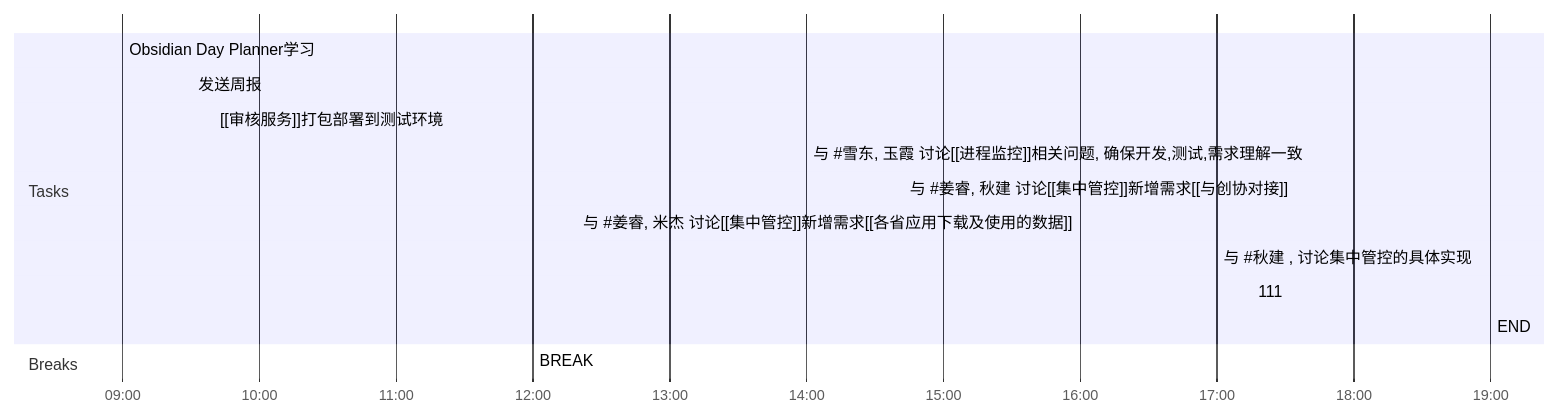
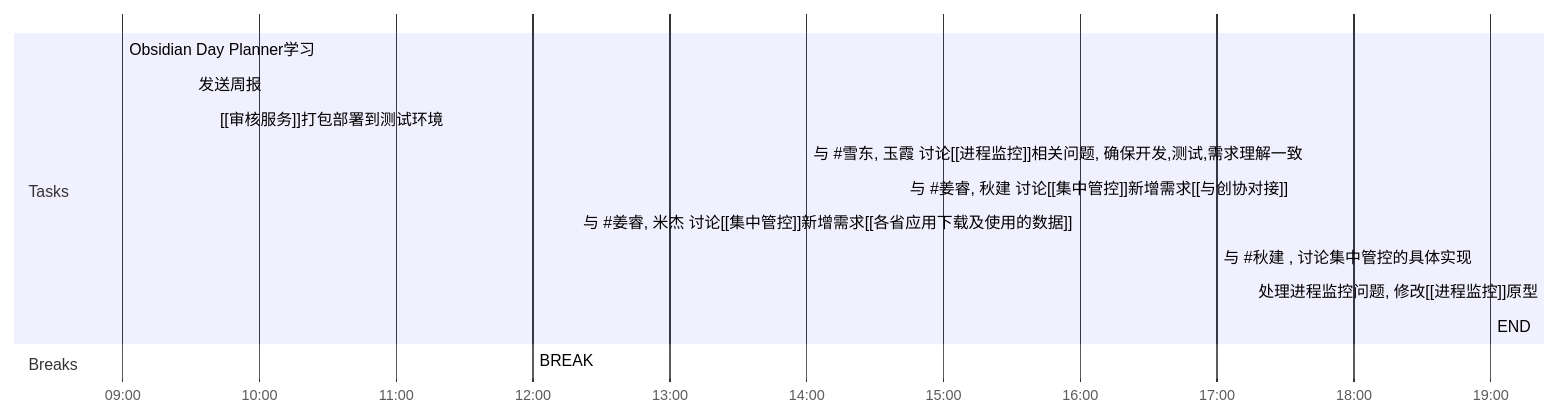
Before and after one commit to yangld/learn: the diagram in Day Planners/Day Planner-20211115.md, drawn with Mermaid. The commit also changed other lines of this file and 7 other files, not shown here.

````diff
--- a/Day Planners/Day Planner-20211115.md
+++ b/Day Planners/Day Planner-20211115.md
@@ -2,18 +2,18 @@
 ```mermaid
 gantt
     dateFormat  HH-mm
     axisFormat %H:%M
-    %% Current Time: 下午6:01:53
+    %% Current Time: 下午7:02:02
     section Tasks
     Obsidian Day Planner学习     :09-00, 30mm
     发送周报     :09-30, 10mm
     [[审核服务]]打包部署到测试环境     :09-40, 140mm
     与 #35;雪东,  玉霞     讨论[[进程监控]]相关问题, 确保开发,测试,需求理解一致     :14-00, 42mm
     与 #35;姜睿,  秋建     讨论[[集中管控]]新增需求[[与创协对接]]     :14-42, 78mm
     与 #35;姜睿,  米杰     讨论[[集中管控]]新增需求[[各省应用下载及使用的数据]]     :16-00, 60mm
     与 #35;秋建 , 讨论集中管控的具体实现     :17-00, 15mm
-    111     :17-15, 105mm
+    处理进程监控问题, 修改[[进程监控]]原型     :17-15, 105mm
     END     :19-00, 0mm
     section Breaks
     BREAK     :12-00, 120mm
 ```
````
